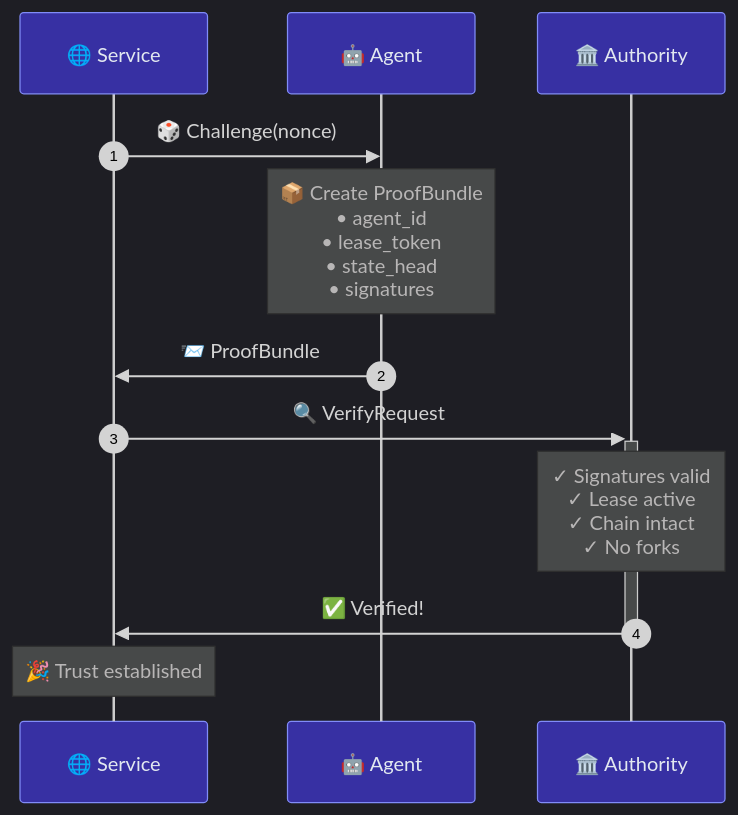
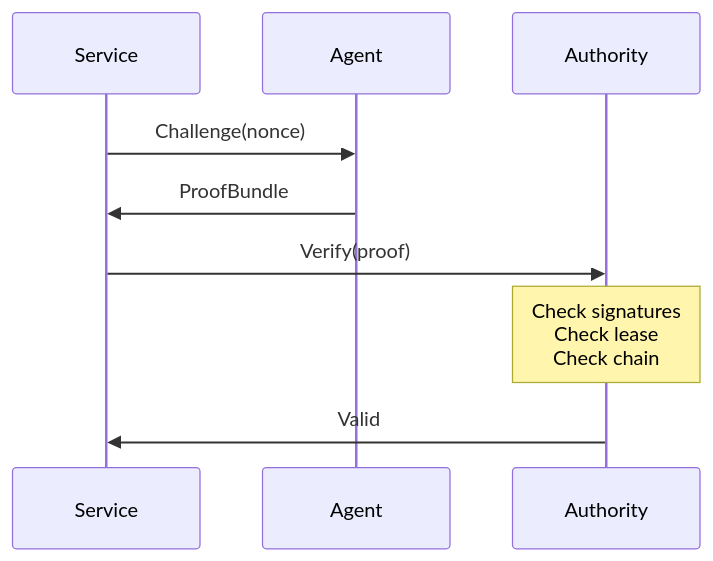
The sixth of 7 diagrams in README.md (trustorno/sigaid), drawn with Mermaid before and after one commit. The commit also changed other lines of this file, not shown here.

Commit message:
Clean minimal Mermaid diagrams - no backgrounds, no emojis

````diff
--- a/README.md
+++ b/README.md
@@ -265,23 +137,12 @@
 ```mermaid
-%%{init: {'theme': 'dark', 'themeVariables': { 'fontFamily': 'ui-monospace, monospace', 'actorTextColor': '#e2e8f0', 'actorBkg': '#3730a3', 'actorBorder': '#818cf8'}}}%%
 sequenceDiagram
-    autonumber
+    participant S as Service
+    participant A as Agent
+    participant Auth as Authority
 
-    participant S as 🌐 Service
-    participant A as 🤖 Agent
-    participant AUTH as 🏛️ Authority
-
-    S->>A: 🎲 Challenge(nonce)
-
-    Note over A: 📦 Create ProofBundle<br/>• agent_id<br/>• lease_token<br/>• state_head<br/>• signatures
-
-    A->>S: 📨 ProofBundle
-
-    S->>+AUTH: 🔍 VerifyRequest
-
-    Note over AUTH: ✓ Signatures valid<br/>✓ Lease active<br/>✓ Chain intact<br/>✓ No forks
-
-    AUTH->>-S: ✅ Verified!
-
-    Note over S: 🎉 Trust established
+    S->>A: Challenge(nonce)
+    A->>S: ProofBundle
+    S->>Auth: Verify(proof)
+    Note over Auth: Check signatures<br/>Check lease<br/>Check chain
+    Auth->>S: Valid
 ```
````
